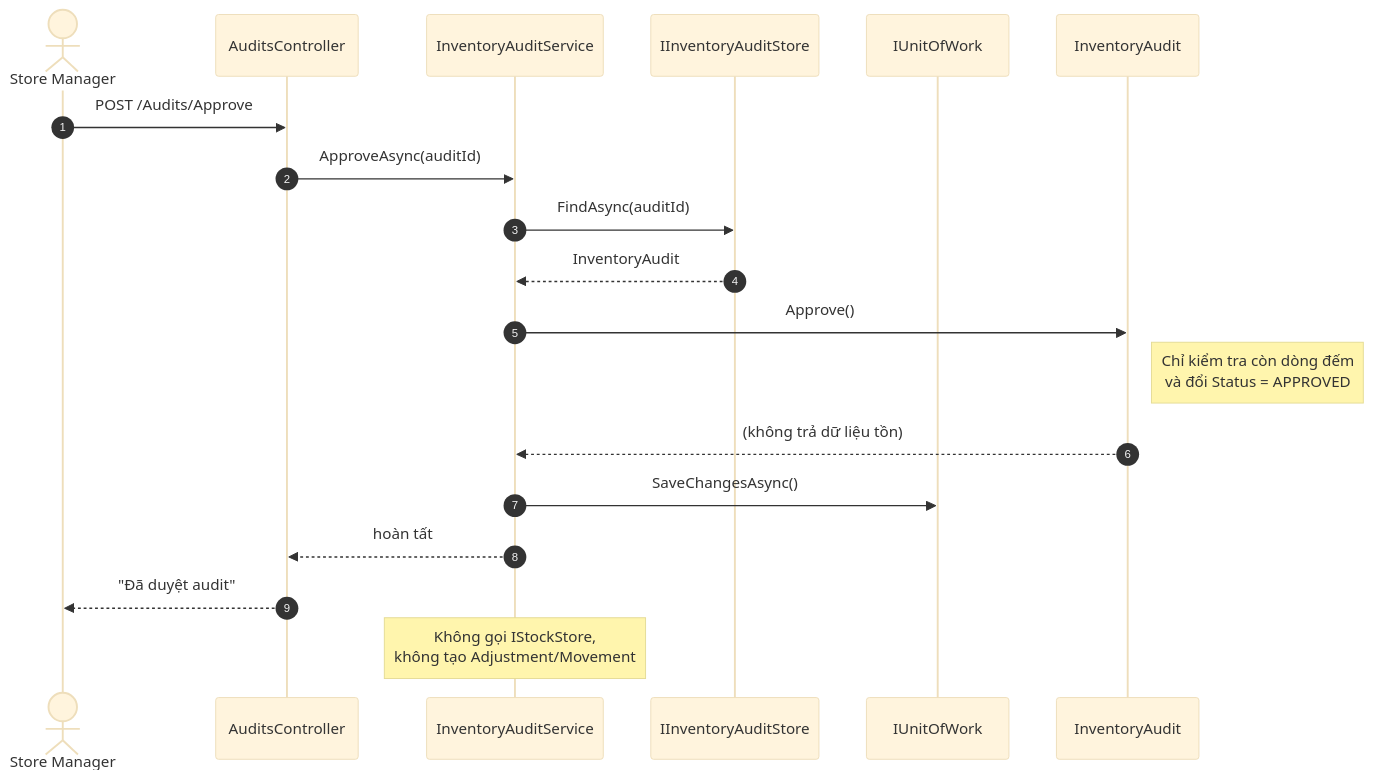
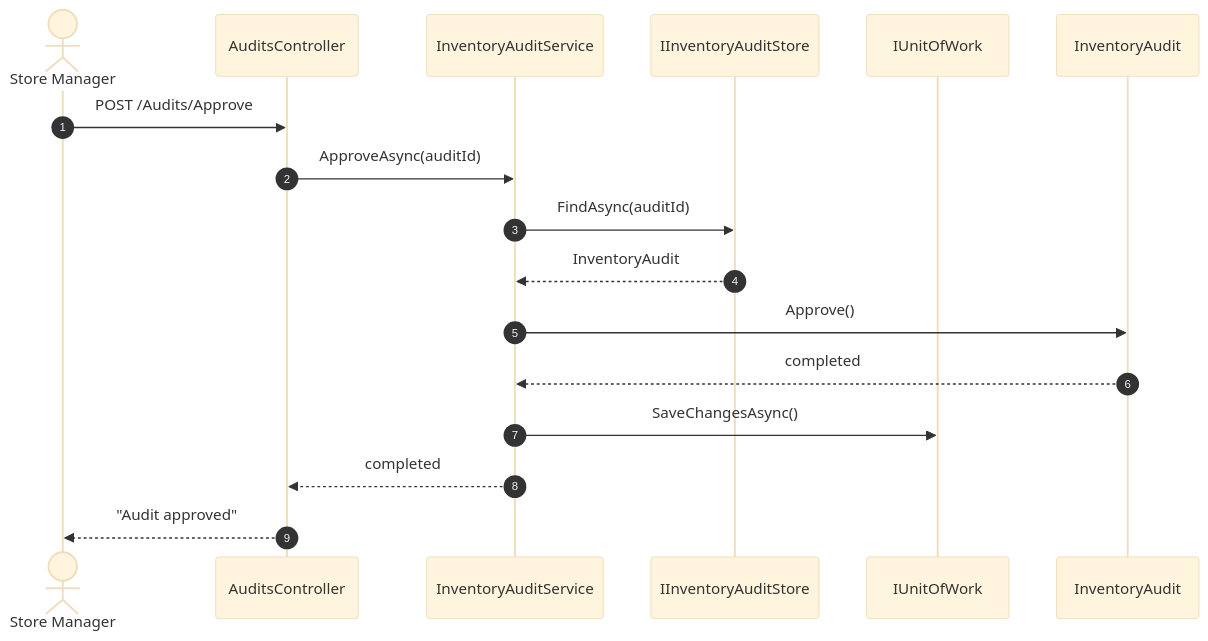
One commit to swd392-group-1/swd392-sales-management-system changed the third of 3 diagrams in README.md. Above: the diagram before and after it, drawn with Mermaid (base theme). The commit also changed other lines of this file and 12 other files, not shown here.

First line of the commit message:
Translate diagrams to English and drop sequence notes

````diff
--- a/README.md
+++ b/README.md
@@ -313,22 +311,20 @@
 ```mermaid
 sequenceDiagram
     autonumber
     actor Manager as Store Manager
     participant C as AuditsController
     participant S as InventoryAuditService
     participant AS as IInventoryAuditStore
     participant U as IUnitOfWork
     participant D as InventoryAudit
 
     Manager->>C: POST /Audits/Approve
     C->>S: ApproveAsync(auditId)
     S->>AS: FindAsync(auditId)
     AS-->>S: InventoryAudit
     S->>D: Approve()
-    Note right of D: Chỉ kiểm tra còn dòng đếm<br/>và đổi Status = APPROVED
-    D-->>S: (không trả dữ liệu tồn)
+    D-->>S: completed
     S->>U: SaveChangesAsync()
-    S-->>C: hoàn tất
-    C-->>Manager: "Đã duyệt audit"
-    Note over S: Không gọi IStockStore,<br/>không tạo Adjustment/Movement
+    S-->>C: completed
+    C-->>Manager: "Audit approved"
 ```
````
